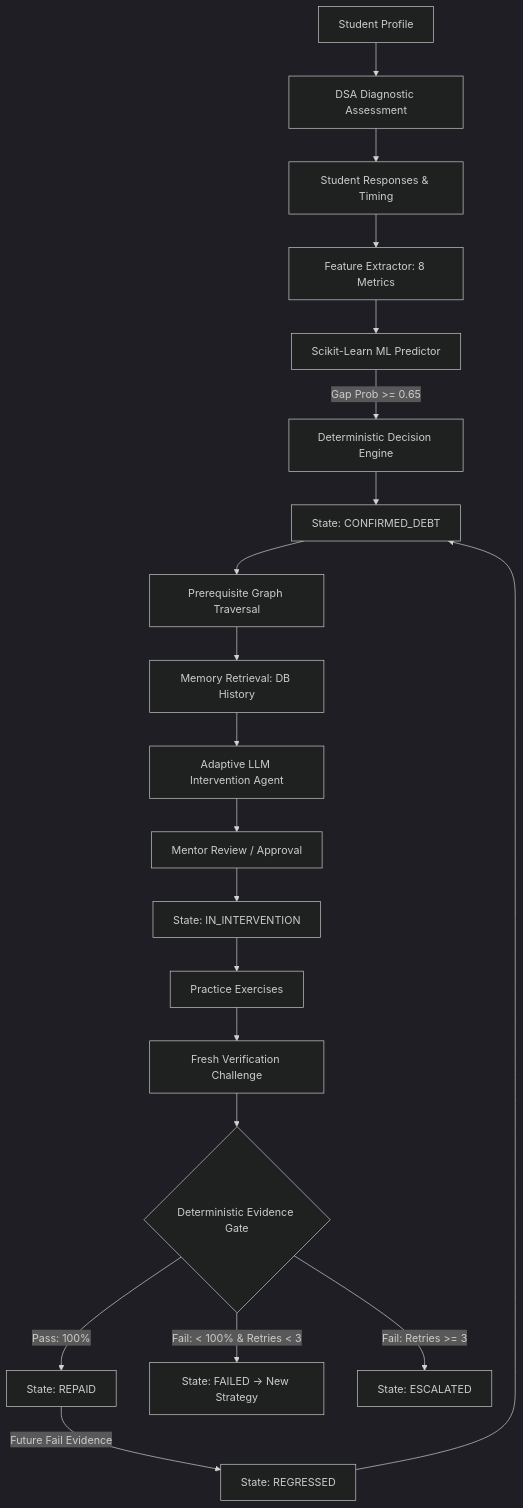
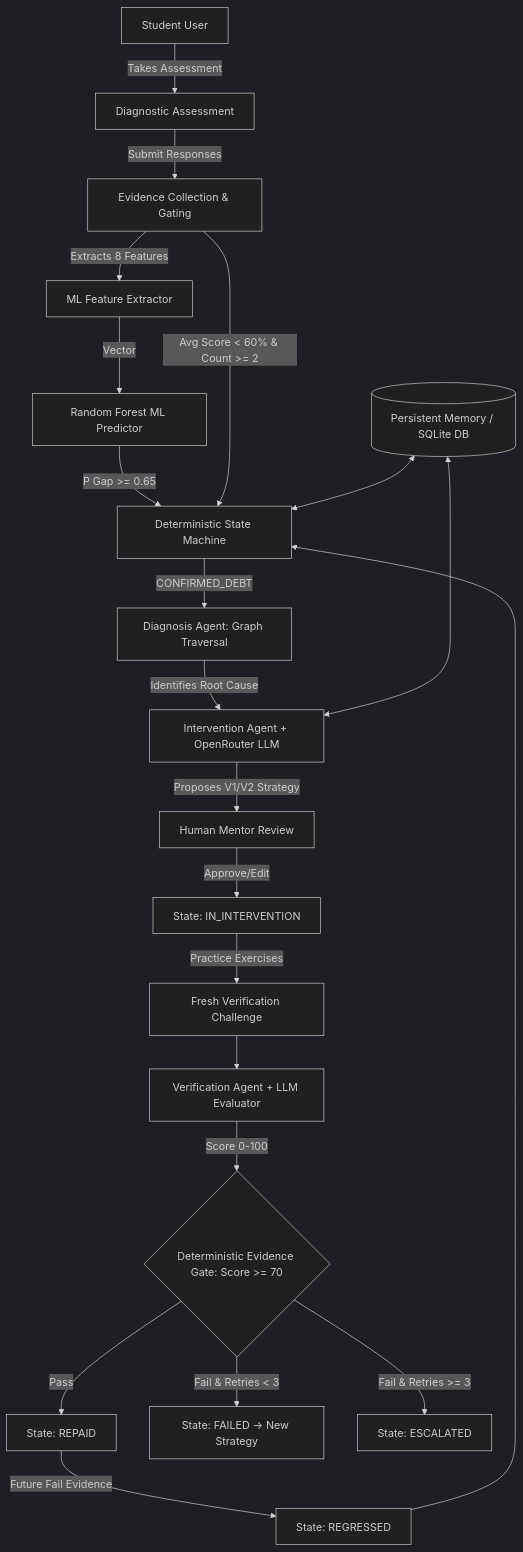
Before and after one commit to Saravanan-1986/Agent-a-thon_Squad_zero: the diagram in docs/PROGRESS_REPORT.md, drawn with Mermaid (dark theme). The commit also changed other lines of this file, not shown here.

````diff
--- a/docs/PROGRESS_REPORT.md
+++ b/docs/PROGRESS_REPORT.md
@@ -170,22 +103,23 @@
 ```mermaid
 flowchart TD
-    A[Student Profile] --> B[DSA Diagnostic Assessment]
-    B --> C[Student Responses & Timing]
-    C --> D[Feature Extractor: 8 Metrics]
-    D --> E[Scikit-Learn ML Predictor]
-    E -->|Gap Prob >= 0.65| F[Deterministic Decision Engine]
-    F --> G[State: CONFIRMED_DEBT]
-    G --> H[Prerequisite Graph Traversal]
-    H --> I[Memory Retrieval: DB History]
-    I --> J[Adaptive LLM Intervention Agent]
-    J --> K[Mentor Review / Approval]
-    K --> L[State: IN_INTERVENTION]
-    L --> M[Practice Exercises]
-    M --> N[Fresh Verification Challenge]
-    N --> O{Deterministic Evidence Gate}
-    O -->|Pass: 100%| P[State: REPAID]
-    O -->|Fail: < 100% & Retries < 3| Q[State: FAILED -> New Strategy]
-    O -->|Fail: Retries >= 3| R[State: ESCALATED]
-    P -->|Future Fail Evidence| S[State: REGRESSED]
-    S --> G
+    Student[Student User] -->|Takes Assessment| Diag[Diagnostic Assessment]
+    Diag -->|Submit Responses| EvEngine[Evidence Collection & Gating]
+    EvEngine -->|Extracts 8 Features| FeatureExt[ML Feature Extractor]
+    FeatureExt -->|Vector| ML[Random Forest ML Predictor]
+    ML -->|P Gap >= 0.65| SM[Deterministic State Machine]
+    EvEngine -->|Avg Score < 60% & Count >= 2| SM
+    SM -->|CONFIRMED_DEBT| DiagAgent[Diagnosis Agent: Graph Traversal]
+    DiagAgent -->|Identifies Root Cause| IntAgent[Intervention Agent + OpenRouter LLM]
+    DB[(Persistent Memory / SQLite DB)] <--> SM
+    DB <--> IntAgent
+    IntAgent -->|Proposes V1/V2 Strategy| Mentor[Human Mentor Review]
+    Mentor -->|Approve/Edit| IN_INT[State: IN_INTERVENTION]
+    IN_INT -->|Practice Exercises| VerifChallenge[Fresh Verification Challenge]
+    VerifChallenge --> VerifAgent[Verification Agent + LLM Evaluator]
+    VerifAgent -->|Score 0-100| EvGate{Deterministic Evidence Gate: Score >= 70}
+    EvGate -->|Pass| REPAID[State: REPAID]
+    EvGate -->|Fail & Retries < 3| FAILED[State: FAILED -> New Strategy]
+    EvGate -->|Fail & Retries >= 3| ESCALATED[State: ESCALATED]
+    REPAID -->|Future Fail Evidence| REGRESSED[State: REGRESSED]
+    REGRESSED --> SM
 ```
````
